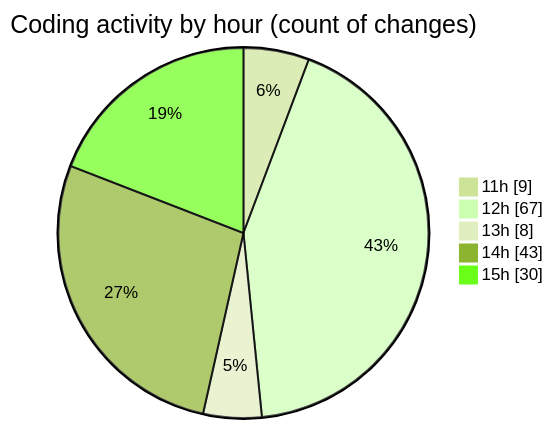
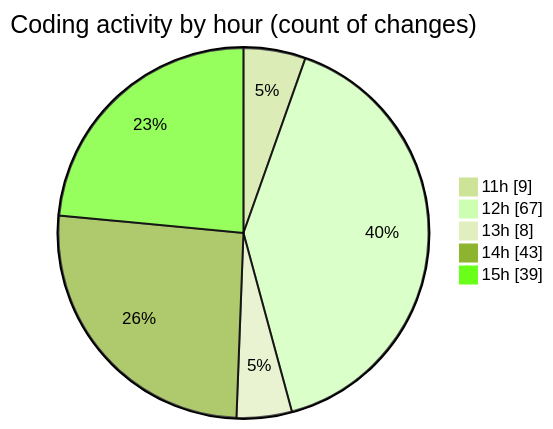
Before and after one commit to nxtqubesakshisongat/code-tracking: the second of 2 diagrams in 2026-08-23/nxtqube_webapp/README.md, drawn with Mermaid (forest theme). The commit also changed other lines of this file and 1 other file, not shown here.

````diff
--- a/2026-08-23/nxtqube_webapp/README.md
+++ b/2026-08-23/nxtqube_webapp/README.md
@@ -80,9 +83,9 @@
 ```mermaid
 pie showData
 title Coding activity by hour (count of changes)
 "11h" : 9
 "12h" : 67
 "13h" : 8
 "14h" : 43
-"15h" : 30
+"15h" : 39
 ```
````
